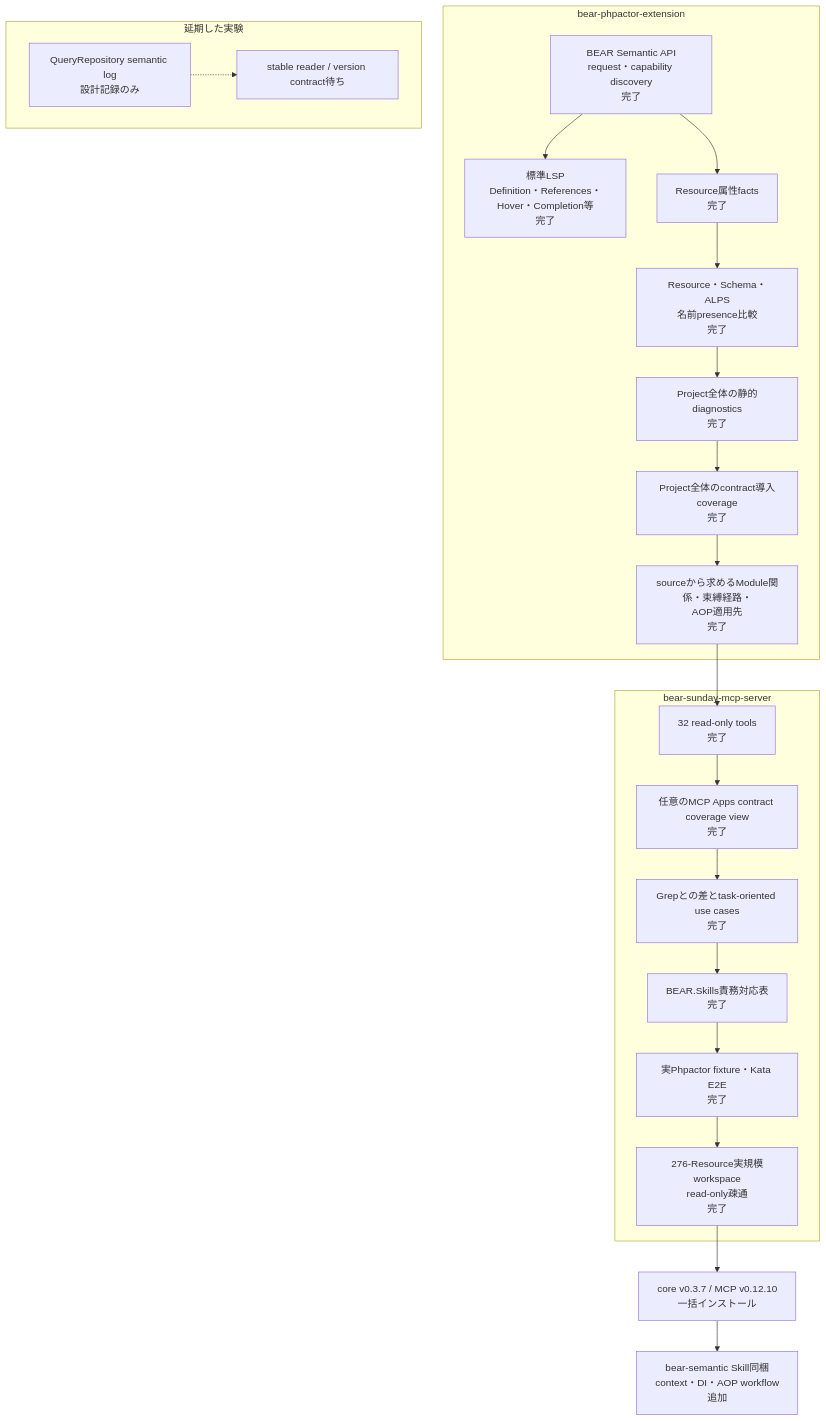
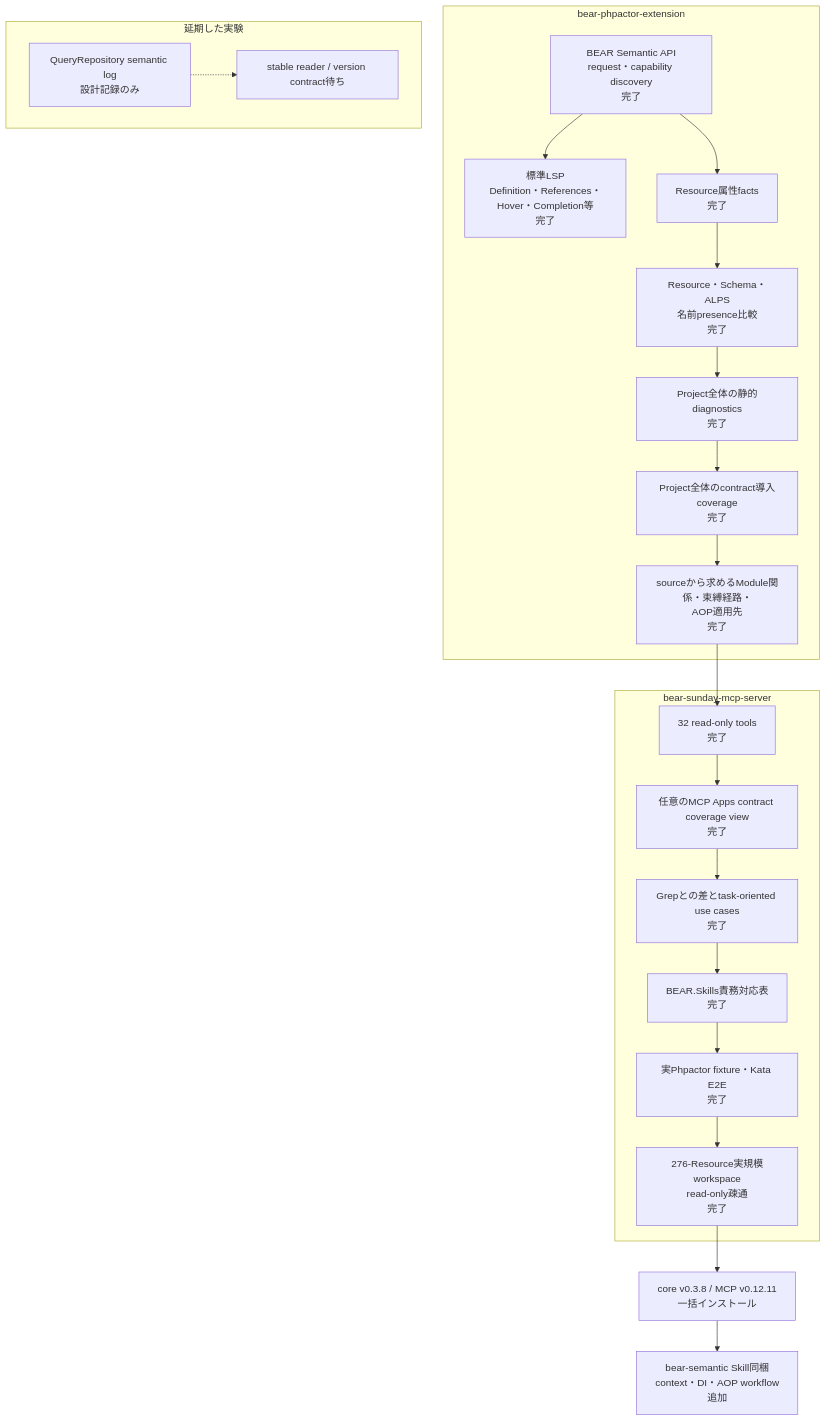
The diagram in docs/project-status.ja.md (suzumaze/bear-sunday-mcp-server), drawn with Mermaid before and after one commit. The commit also changed other lines of this file and 7 other files, not shown here.

````diff
--- a/docs/project-status.ja.md
+++ b/docs/project-status.ja.md
@@ -8,35 +8,35 @@
 ```mermaid
 flowchart TB
     subgraph Core["bear-phpactor-extension"]
         C1["BEAR Semantic API<br/>request・capability discovery<br/>完了"]
         C2["標準LSP<br/>Definition・References・Hover・Completion等<br/>完了"]
         C3["Resource属性facts<br/>完了"]
         C4["Resource・Schema・ALPS<br/>名前presence比較<br/>完了"]
         C5["Project全体の静的diagnostics<br/>完了"]
         C6["Project全体のcontract導入coverage<br/>完了"]
         C7["sourceから求めるModule関係・束縛経路・<br/>AOP適用先<br/>完了"]
         C1 --> C2
         C1 --> C3 --> C4 --> C5 --> C6 --> C7
     end
 
     subgraph MCP["bear-sunday-mcp-server"]
         M1["32 read-only tools<br/>完了"]
         M0["任意のMCP Apps contract coverage view<br/>完了"]
         M2["Grepとの差とtask-oriented use cases<br/>完了"]
         M3["BEAR.Skills責務対応表<br/>完了"]
         M4["実Phpactor fixture・Kata E2E<br/>完了"]
         M5["276-Resource実規模workspace<br/>read-only疎通<br/>完了"]
         M1 --> M0 --> M2 --> M3 --> M4 --> M5
     end
 
     C7 --> M1
 
     subgraph Deferred["延期した実験"]
         D1["QueryRepository semantic log<br/>設計記録のみ"]
         D2["stable reader / version contract待ち"]
         D1 -.-> D2
     end
 
-    M5 --> R1["core v0.3.7 / MCP v0.12.10<br/>一括インストール"]
+    M5 --> R1["core v0.3.8 / MCP v0.12.11<br/>一括インストール"]
     R1 --> S1["bear-semantic Skill同梱<br/>context・DI・AOP workflow追加"]
 ```
````
